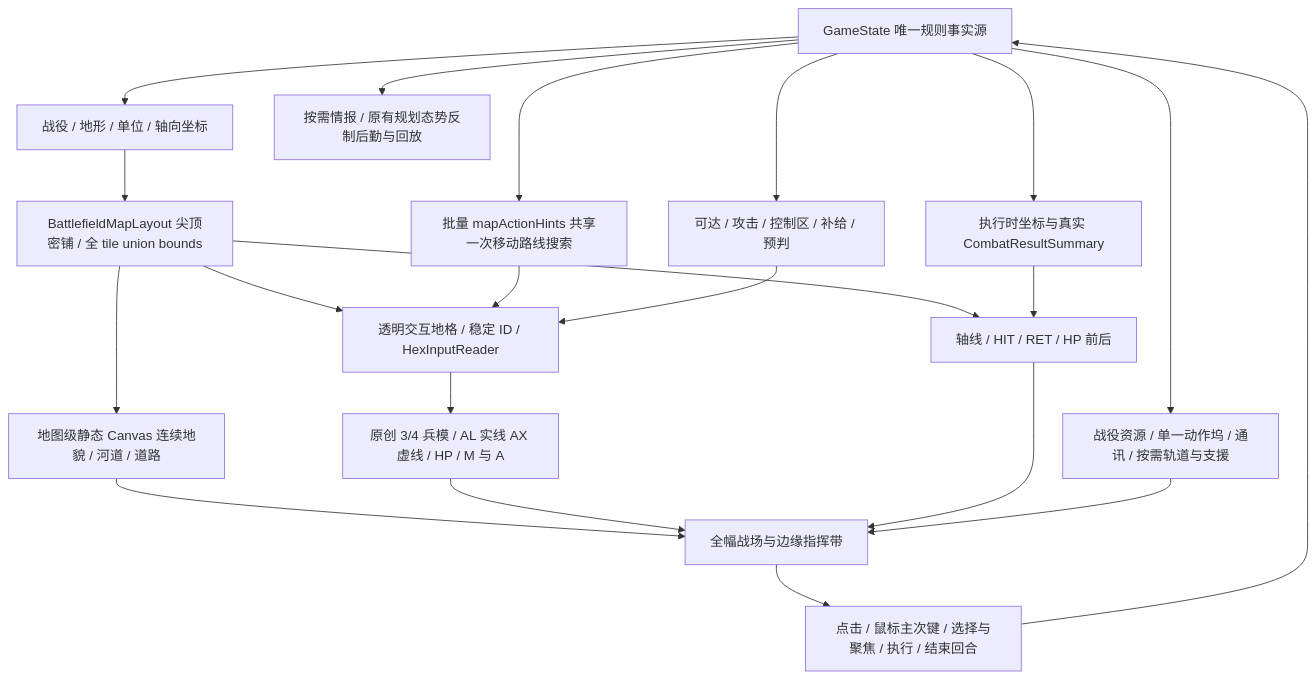
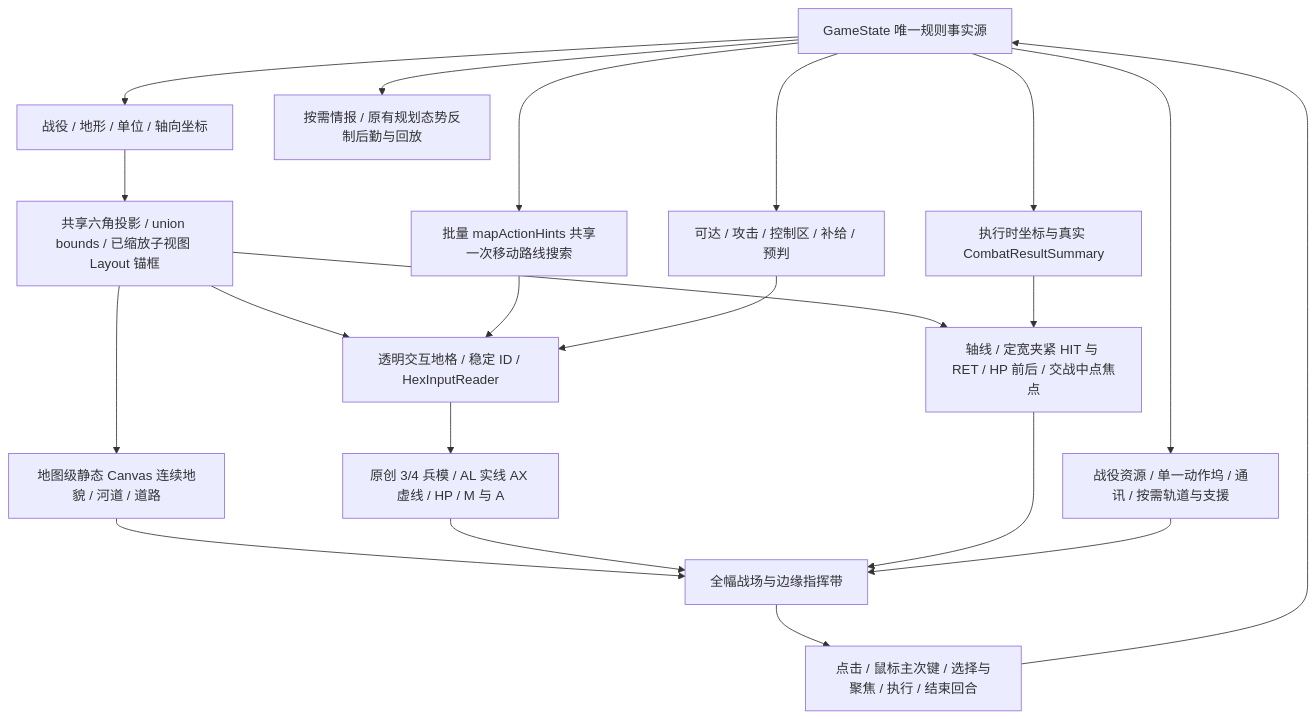
Before and after one commit to Altman-sam114/116: the first of 3 diagrams in md/flow/flowchart.md, drawn with Mermaid. The commit also changed 15 other files, not shown here.

````diff
--- a/md/flow/flowchart.md
+++ b/md/flow/flowchart.md
@@ -5,23 +5,23 @@
 ```mermaid
 flowchart TD
     State[GameState 唯一规则事实源] --> Models[战役 / 地形 / 单位 / 轴向坐标]
-    Models --> Layout[BattlefieldMapLayout 尖顶密铺 / 全 tile union bounds]
+    Models --> Layout[共享六角投影 / union bounds / 已缩放子视图 Layout 锚框]
     Layout --> Terrain[地图级静态 Canvas 连续地貌 / 河道 / 道路]
     Layout --> Tiles[透明交互地格 / 稳定 ID / HexInputReader]
     State --> Hints[批量 mapActionHints 共享一次移动路线搜索]
     Hints --> Tiles
     State --> Rules[可达 / 攻击 / 控制区 / 补给 / 预判]
     Rules --> Tiles
     Tiles --> Units[原创 3/4 兵模 / AL 实线 AX 虚线 / HP / M 与 A]
     State --> Result[执行时坐标与真实 CombatResultSummary]
-    Layout --> Feedback[轴线 / HIT / RET / HP 前后]
+    Layout --> Feedback[轴线 / 定宽夹紧 HIT 与 RET / HP 前后 / 交战中点焦点]
     Result --> Feedback
     Terrain --> Screen[全幅战场与边缘指挥带]
     Units --> Screen
     Feedback --> Screen
     State --> Deck[战役资源 / 单一动作坞 / 通讯 / 按需轨道与支援]
     Deck --> Screen
     Screen --> Input[点击 / 鼠标主次键 / 选择与聚焦 / 执行 / 结束回合]
     Input --> State
     State --> Inspector[按需情报 / 原有规划态势反制后勤与回放]
 ```
````
